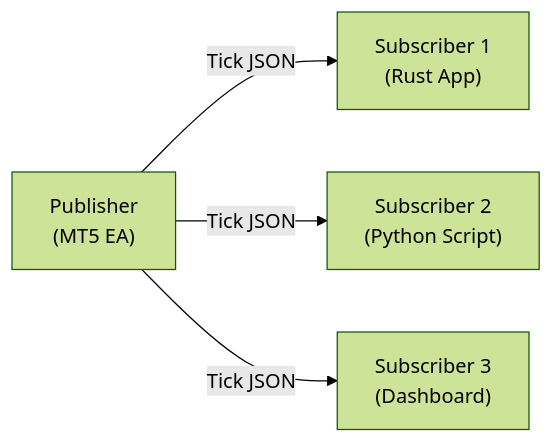
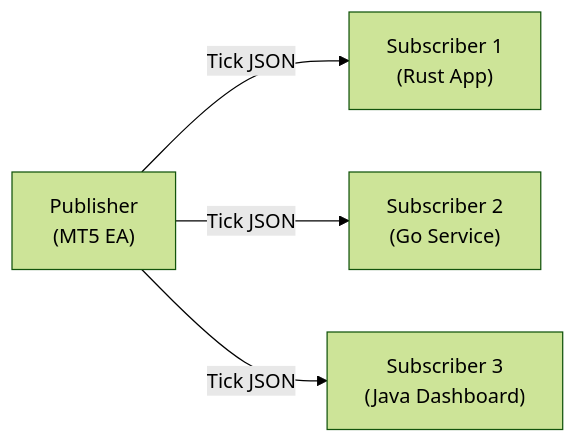
One commit to algorembrant/SUM3API changed the third of 4 diagrams in MQL5-ZMQ Library for SUM3API.md. Above: the diagram before and after it, drawn with Mermaid (forest theme). The commit also changed other lines of this file and 1 other file, not shown here.

````diff
--- a/MQL5-ZMQ Library for SUM3API.md
+++ b/MQL5-ZMQ Library for SUM3API.md
@@ -432,11 +435,11 @@
 ```mermaid
 flowchart LR
     PUB["Publisher\n(MT5 EA)"]
     SUB1["Subscriber 1\n(Rust App)"]
-    SUB2["Subscriber 2\n(Python Script)"]
-    SUB3["Subscriber 3\n(Dashboard)"]
+    SUB2["Subscriber 2\n(Go Service)"]
+    SUB3["Subscriber 3\n(Java Dashboard)"]
     
     PUB -->|"Tick JSON"| SUB1
     PUB -->|"Tick JSON"| SUB2
     PUB -->|"Tick JSON"| SUB3
 ```
````
